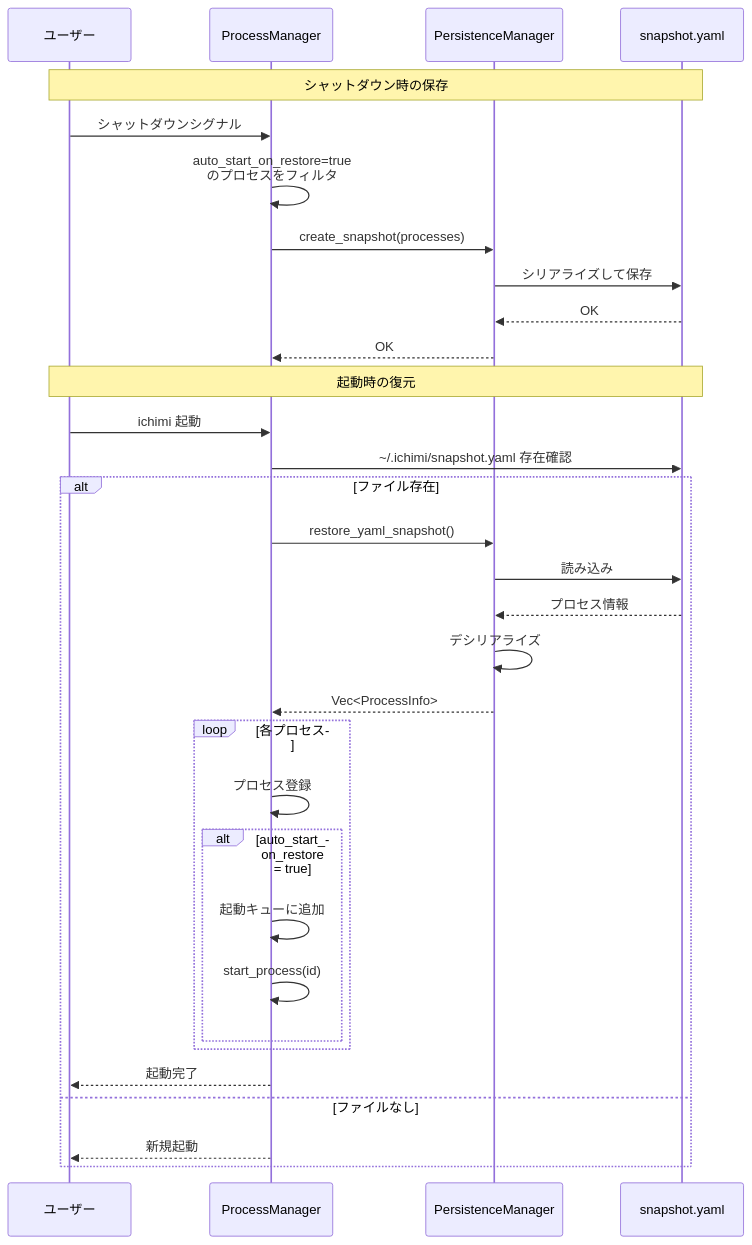
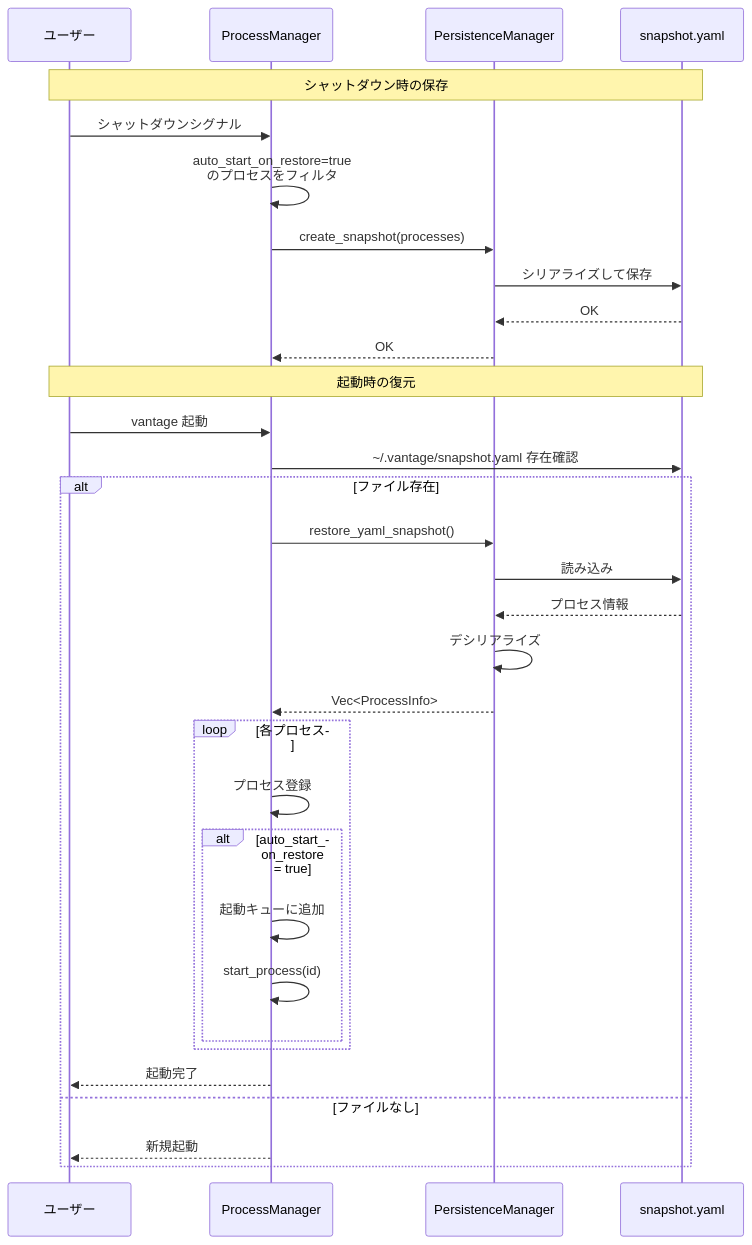
Before and after one commit to chronista-club/vantage-mcp: diagram 12 of 13 in docs/server-flows.md, drawn with Mermaid. The commit also changed other lines of this file and 122 other files, not shown here.

First line of the commit message:
refactor: Rename project from Ichimi to Vantage MCP (#18)

````diff
--- a/docs/server-flows.md
+++ b/docs/server-flows.md
@@ -574,38 +574,38 @@
 ```mermaid
 sequenceDiagram
     participant User as ユーザー
     participant PM as ProcessManager
     participant Persist as PersistenceManager
     participant YAML as snapshot.yaml
 
     Note over User,YAML: シャットダウン時の保存
     User->>PM: シャットダウンシグナル
     PM->>PM: auto_start_on_restore=true<br/>のプロセスをフィルタ
     PM->>Persist: create_snapshot(processes)
     Persist->>YAML: シリアライズして保存
     YAML-->>Persist: OK
     Persist-->>PM: OK
 
     Note over User,YAML: 起動時の復元
-    User->>PM: ichimi 起動
-    PM->>YAML: ~/.ichimi/snapshot.yaml 存在確認
+    User->>PM: vantage 起動
+    PM->>YAML: ~/.vantage/snapshot.yaml 存在確認
     alt ファイル存在
         PM->>Persist: restore_yaml_snapshot()
         Persist->>YAML: 読み込み
         YAML-->>Persist: プロセス情報
         Persist->>Persist: デシリアライズ
         Persist-->>PM: Vec<ProcessInfo>
 
         loop 各プロセス
             PM->>PM: プロセス登録
             alt auto_start_on_restore = true
                 PM->>PM: 起動キューに追加
                 PM->>PM: start_process(id)
             end
         end
 
         PM-->>User: 起動完了
     else ファイルなし
         PM-->>User: 新規起動
     end
 ```
````
